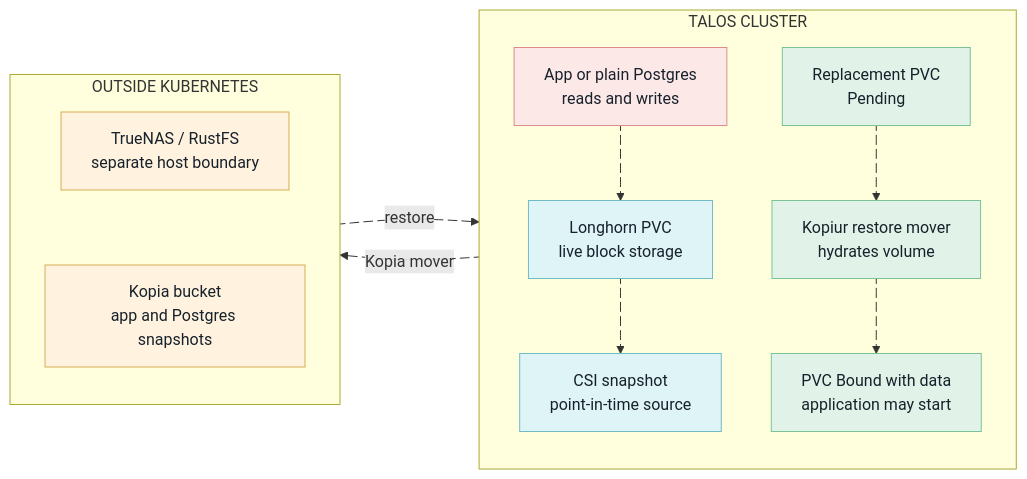
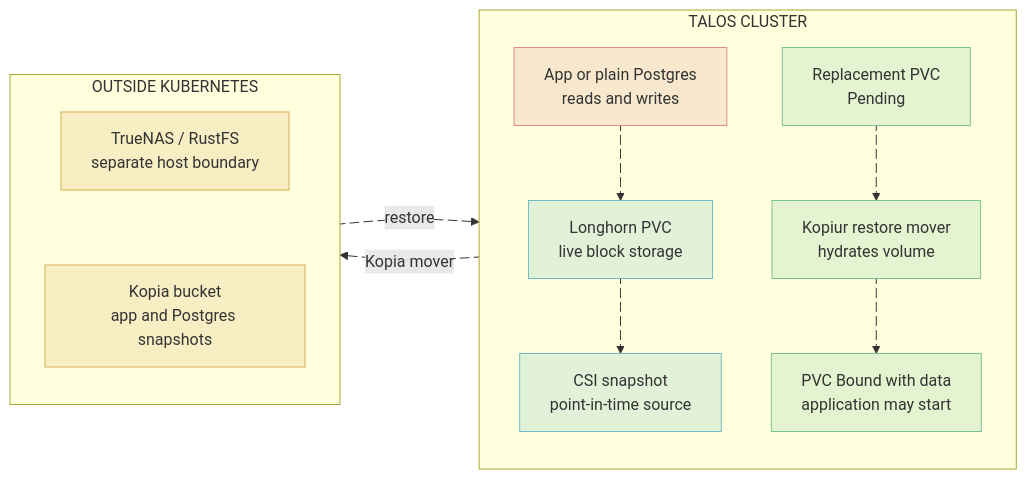
One commit to mitchross/talos-argocd-proxmox changed the diagram in docs/storage-architecture.md. Above: the diagram before and after it, drawn with Mermaid. The commit also changed 8 other files, not shown here.

Commit message:
docs: make Mermaid boxes readable in dark mode (#4079)

````diff
--- a/docs/storage-architecture.md
+++ b/docs/storage-architecture.md
@@ -8,53 +8,53 @@
 ```mermaid
 flowchart LR
   accTitle: Longhorn and Kopiur failure domains
   accDescr: Longhorn and CSI snapshots remain inside Kubernetes. Kopiur copies protected application and Postgres volumes to RustFS and restores replacement PVCs before binding. A single Longhorn replica cannot survive the loss of its host.
 
   subgraph CLUSTER["TALOS CLUSTER"]
     direction TB
     APP["`App or plain Postgres
     reads and writes`"]
     PVC["`Longhorn PVC
     live block storage`"]
     SNAP["`CSI snapshot
     point-in-time source`"]
     REPLACE["`Replacement PVC
     Pending`"]
     MOVER["`Kopiur restore mover
     hydrates volume`"]
     BOUND["`PVC Bound with data
     application may start`"]
     APP app@--> PVC
     PVC snapshot@--> SNAP
     REPLACE restore1@--> MOVER
     MOVER restore2@--> BOUND
   end
 
   subgraph OFFCLUSTER["OUTSIDE KUBERNETES"]
     direction TB
     RUSTFS["`TrueNAS / RustFS
     separate host boundary`"]
     KOPIA["`Kopia bucket
     app and Postgres snapshots`"]
     RUSTFS ~~~ KOPIA
   end
 
   SNAP backup@-- "Kopia mover" --> KOPIA
   KOPIA hydrate@-- "restore" --> MOVER
 
-  classDef workload fill:#fde8e8,stroke:#dc8c8c,color:#17212b
-  classDef runtime fill:#dff4f6,stroke:#70bcc4,color:#17212b
-  classDef restore fill:#e1f3e8,stroke:#7bc397,color:#17212b
-  classDef external fill:#fff3df,stroke:#d8ad55,color:#17212b
+  classDef workload fill:#dc8c8c33,stroke:#dc8c8c
+  classDef runtime fill:#70bcc433,stroke:#70bcc4
+  classDef restore fill:#7bc39733,stroke:#7bc397
+  classDef external fill:#d8ad5533,stroke:#d8ad55
   class APP workload
   class PVC,SNAP runtime
   class REPLACE,MOVER,BOUND restore
   class RUSTFS,KOPIA external
 
   app@{ animation: fast }
   snapshot@{ animation: fast }
   backup@{ animation: slow }
   hydrate@{ animation: slow }
   restore1@{ animation: fast }
   restore2@{ animation: fast }
 ```
````
